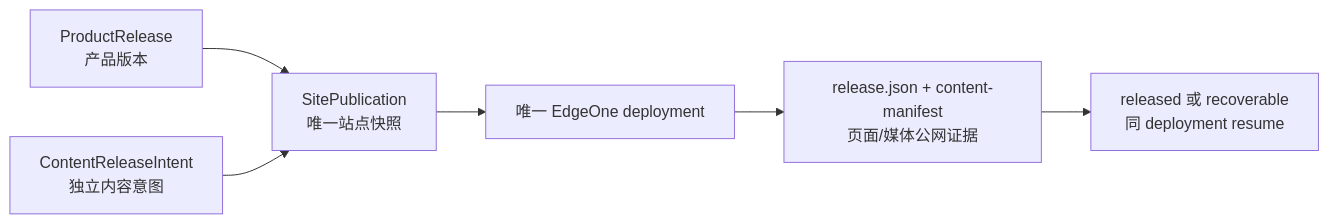
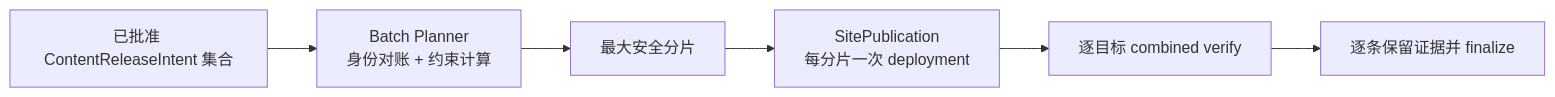
One commit to Chizheng4/xingbuild changed the diagram in docs/iterations/current.md. Above: the diagram before and after it, drawn with Mermaid. The commit also changed other lines of this file and 11 other files, not shown here.

Commit message:
feat: add deterministic content batch planning

````diff
--- a/docs/iterations/current.md
+++ b/docs/iterations/current.md
@@ -9,8 +13,8 @@
 ```mermaid
 flowchart LR
-    P[ProductRelease\n产品版本] --> S[SitePublication\n唯一站点快照]
-    C[ContentReleaseIntent\n独立内容意图] --> S
-    S --> D[唯一 EdgeOne deployment]
-    D --> V[release.json + content-manifest\n页面/媒体公网证据]
-    V --> R[released 或 recoverable\n同 deployment resume]
+    I["已批准 ContentReleaseIntent 集合"] --> P["Batch Planner\n身份对账 + 约束计算"]
+    P --> S["最大安全分片"]
+    S --> D["SitePublication\n每分片一次 deployment"]
+    D --> V["逐目标 combined verify"]
+    V --> F["逐条保留证据并 finalize"]
 ```
````
